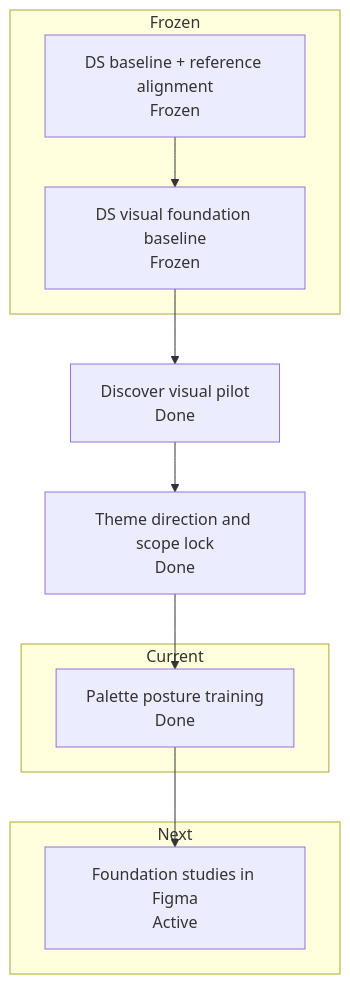
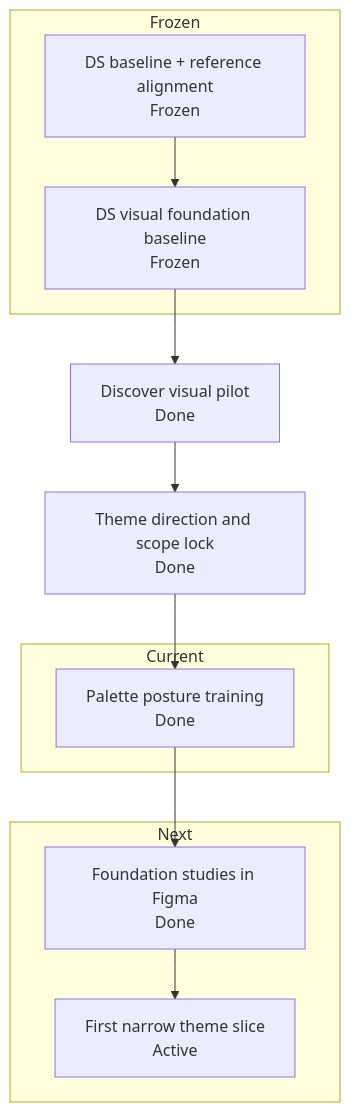
The diagram in krukraft-ai-contexts/09-todos.md (raingernx/KRUKRAFT), drawn with Mermaid before and after one commit. The commit also changed other lines of this file and 47 other files, not shown here.

````diff
--- a/krukraft-ai-contexts/09-todos.md
+++ b/krukraft-ai-contexts/09-todos.md
@@ -47,17 +47,18 @@
 ```mermaid
 flowchart TB
   subgraph Frozen
     D1[DS baseline + reference alignment<br/>Frozen]
     D2[DS visual foundation baseline<br/>Frozen]
   end
 
   subgraph Current
     T2[Palette posture training<br/>Done]
   end
 
   subgraph Next
-    T3[Foundation studies in Figma<br/>Active]
+    T3[Foundation studies in Figma<br/>Done]
+    T4[First narrow theme slice<br/>Active]
   end
 
-  D1 --> D2 --> P1[Discover visual pilot<br/>Done] --> T1[Theme direction and scope lock<br/>Done] --> T2 --> T3
+  D1 --> D2 --> P1[Discover visual pilot<br/>Done] --> T1[Theme direction and scope lock<br/>Done] --> T2 --> T3 --> T4
 ```
````
